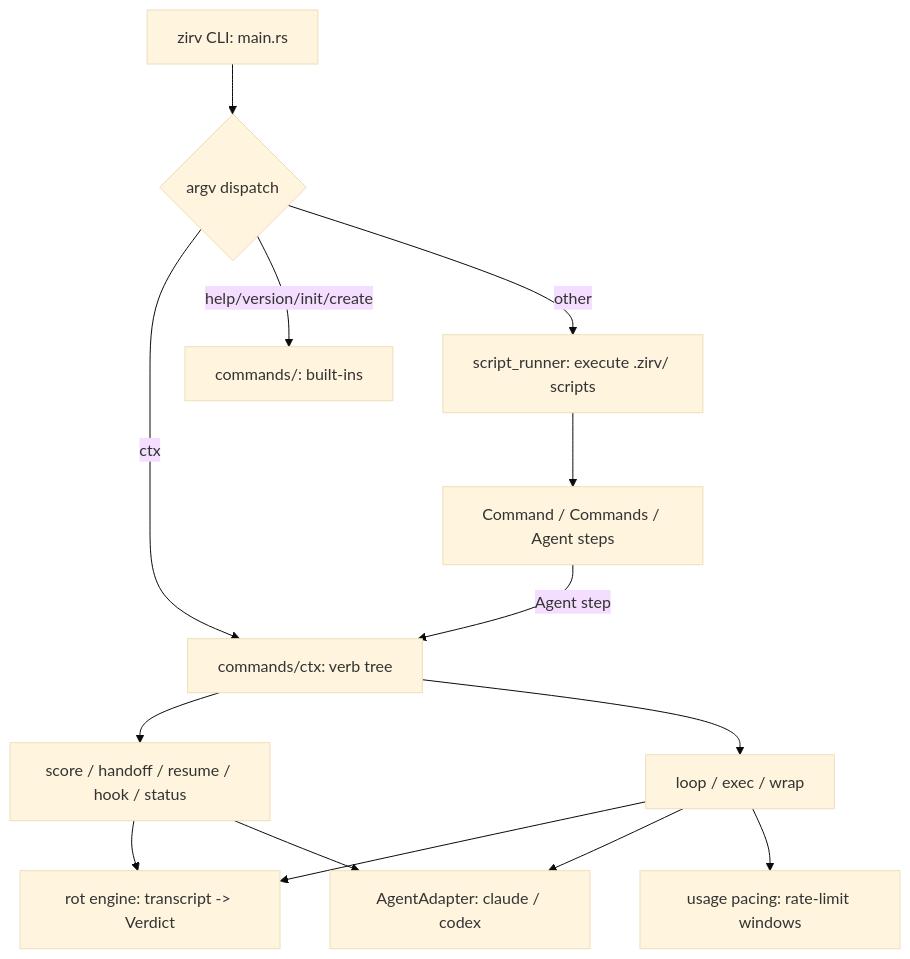
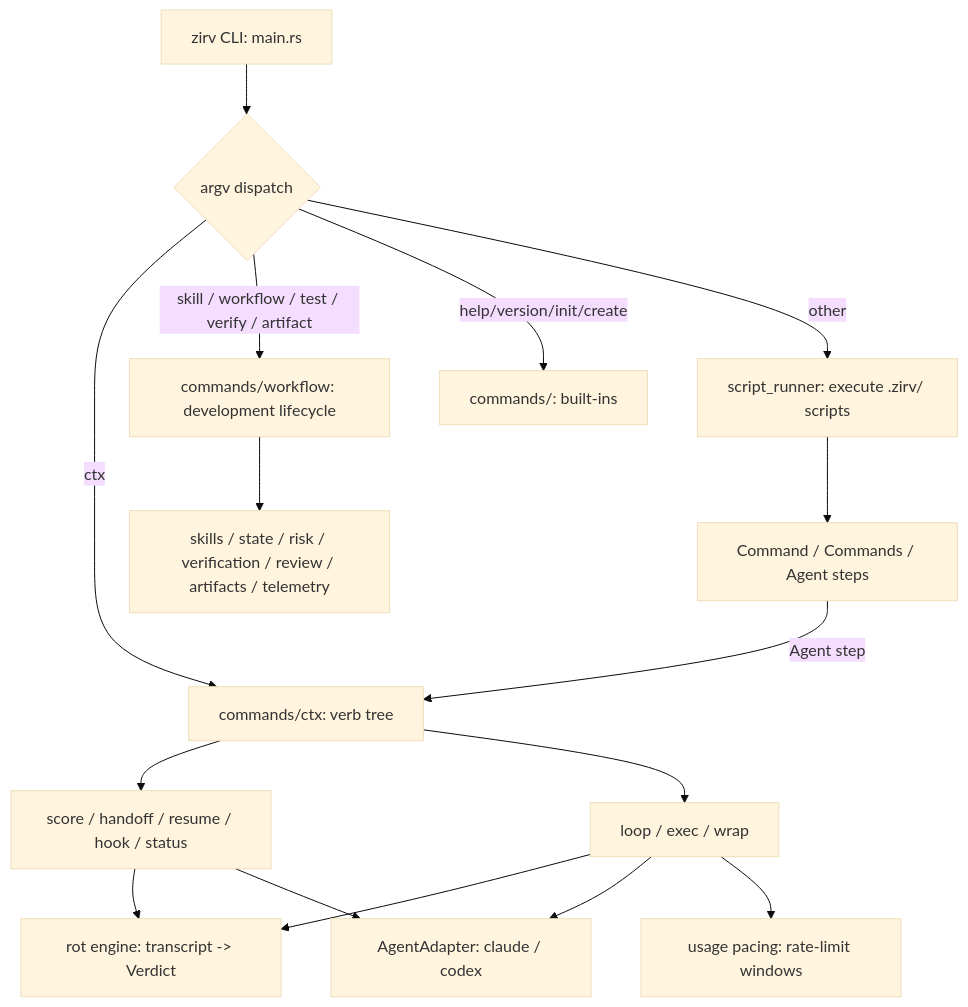
The diagram in docs/obsidian/Home.md (Glubiz/zirv-dynamic-cli), drawn with Mermaid (base theme) before and after one commit. The commit also changed other lines of this file and 14 other files, not shown here.

Commit message:
docs(workflow): document lifecycle commands and architecture

````diff
--- a/docs/obsidian/Home.md
+++ b/docs/obsidian/Home.md
@@ -9,18 +9,21 @@
 ```mermaid
 graph TB
     CLI[zirv CLI: main.rs] --> DISPATCH{argv dispatch}
     DISPATCH -->|"ctx"| CTX[commands/ctx: verb tree]
+    DISPATCH -->|"skill / workflow / test / verify / artifact"| WF[commands/workflow: development lifecycle]
     DISPATCH -->|help/version/init/create| BUILTINS[commands/: built-ins]
     DISPATCH -->|other| SCRIPTS[script_runner: execute .zirv/ scripts]
 
     SCRIPTS --> STEPS[Command / Commands / Agent steps]
     STEPS -->|Agent step| CTX
+
+    WF --> WFS[skills / state / risk / verification / review / artifacts / telemetry]
 
     CTX --> VERBS[score / handoff / resume / hook / status]
     CTX --> SUPERVISORS[loop / exec / wrap]
     SUPERVISORS --> ROT[rot engine: transcript -> Verdict]
     SUPERVISORS --> ADAPTERS[AgentAdapter: claude / codex]
     SUPERVISORS --> PACING[usage pacing: rate-limit windows]
     VERBS --> ROT
     VERBS --> ADAPTERS
 ```
````
